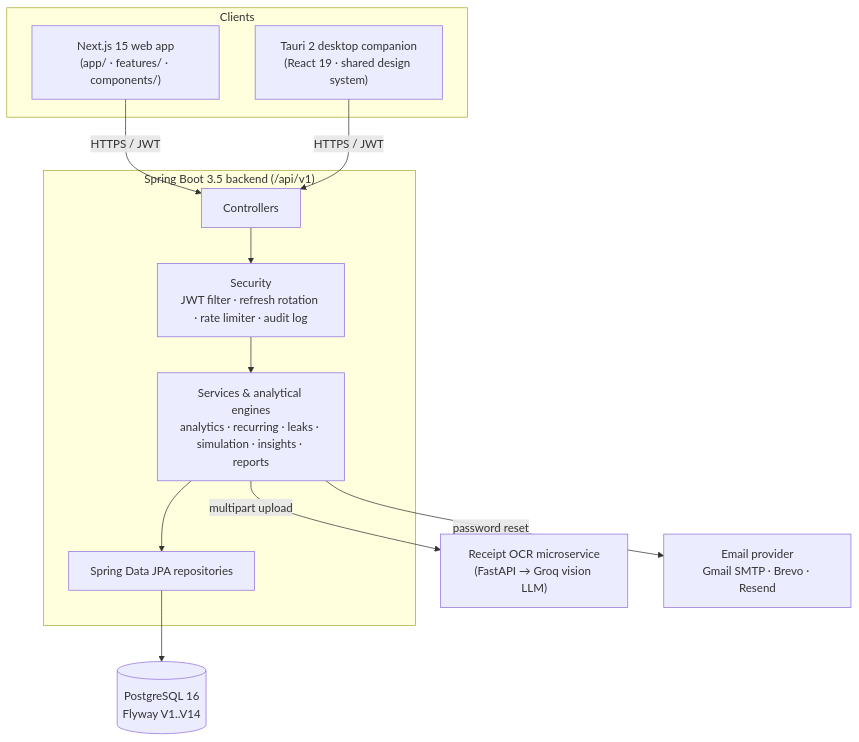
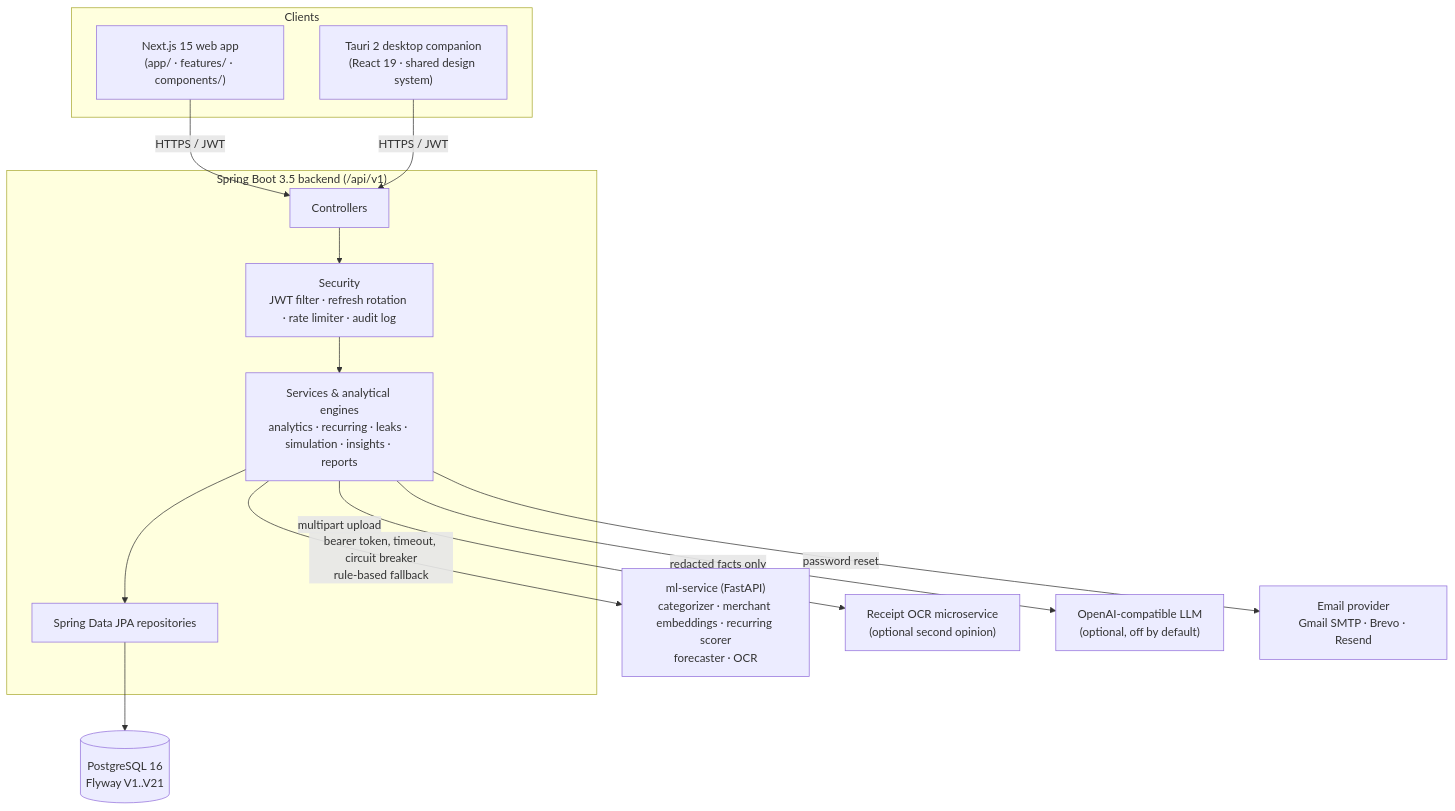
One commit to mithunveluru/flowsight changed the first of 7 diagrams in README.md. Above: the diagram before and after it, drawn with Mermaid. The commit also changed other lines of this file and 2 other files, not shown here.

First line of the commit message:
docs: describe the ML stack, flags and ml-service deployment

````diff
--- a/README.md
+++ b/README.md
@@ -291,24 +432,28 @@
 ```mermaid
 flowchart TB
     subgraph Clients
         Web["Next.js 15 web app<br/>(app/ · features/ · components/)"]
         Desktop["Tauri 2 desktop companion<br/>(React 19 · shared design system)"]
     end
 
     subgraph Backend["Spring Boot 3.5 backend  (/api/v1)"]
         Ctrl["Controllers"]
         Svc["Services & analytical engines<br/>analytics · recurring · leaks · simulation · insights · reports"]
         Sec["Security<br/>JWT filter · refresh rotation · rate limiter · audit log"]
         Repo["Spring Data JPA repositories"]
     end
 
-    DB[("PostgreSQL 16<br/>Flyway V1..V14")]
-    OCR["Receipt OCR microservice<br/>(FastAPI → Groq vision LLM)"]
+    DB[("PostgreSQL 16<br/>Flyway V1..V21")]
+    ML["ml-service (FastAPI)<br/>categorizer · merchant embeddings · recurring scorer<br/>forecaster · OCR"]
+    OCR["Receipt OCR microservice<br/>(optional second opinion)"]
+    LLM["OpenAI-compatible LLM<br/>(optional, off by default)"]
     Mail["Email provider<br/>Gmail SMTP · Brevo · Resend"]
 
     Web -- "HTTPS / JWT" --> Ctrl
     Desktop -- "HTTPS / JWT" --> Ctrl
     Ctrl --> Sec --> Svc --> Repo --> DB
+    Svc -- "bearer token, timeout, circuit breaker<br/>rule-based fallback" --> ML
     Svc -- "multipart upload" --> OCR
+    Svc -- "redacted facts only" --> LLM
     Svc -- "password reset" --> Mail
 ```
````
